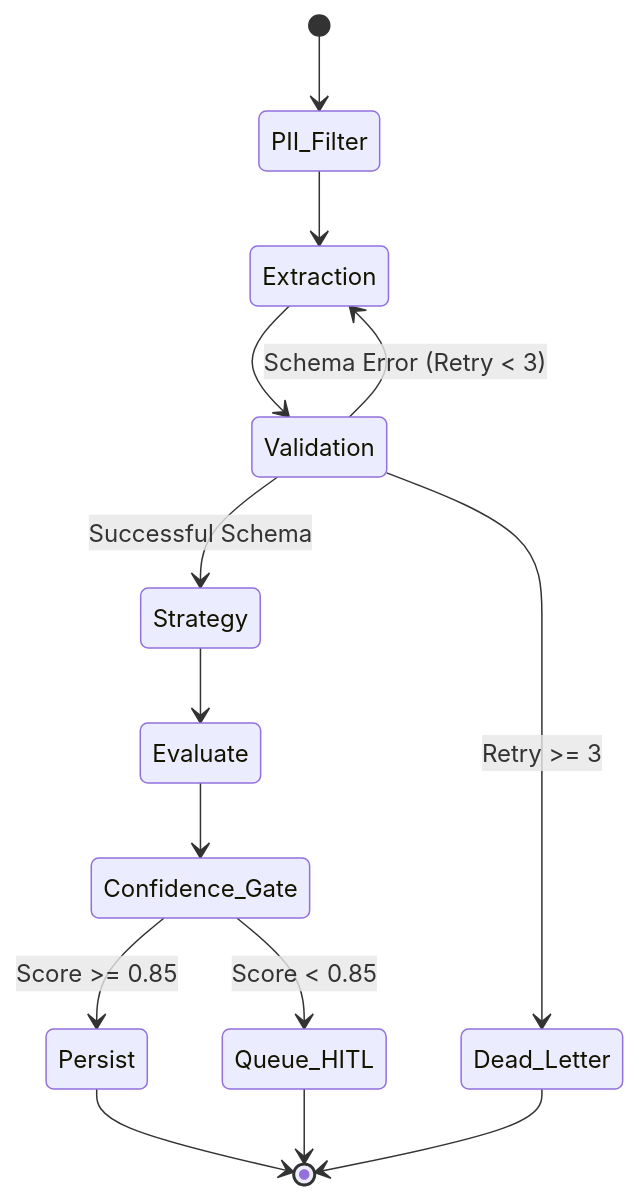
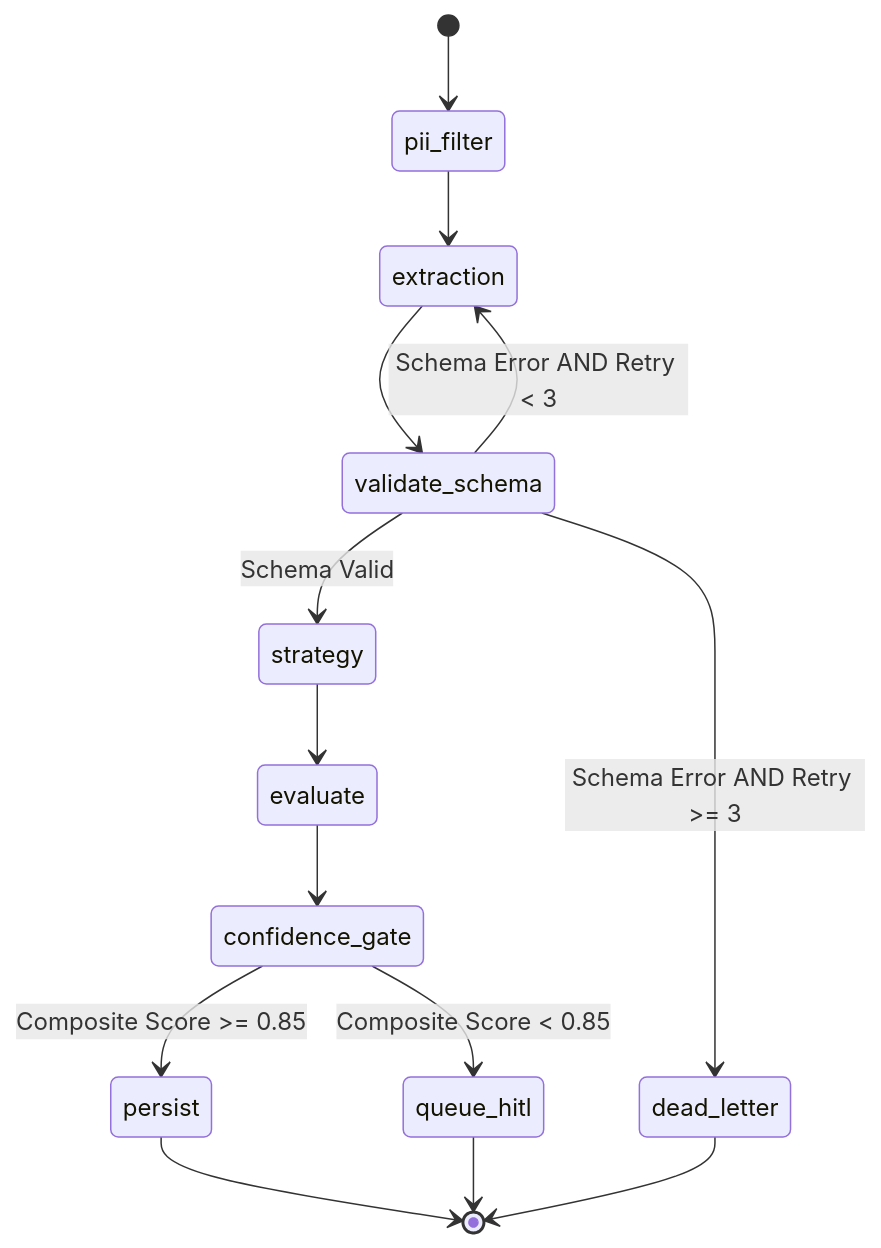
Before and after one commit to ruthvikgoud16/Nimblize-demo: the sixth of 8 diagrams in docs/Nimblize_Future_Implementation_Roadmap.md, drawn with Mermaid. The commit also changed other lines of this file and 1 other file, not shown here.

Commit message:
Regenerate deep 29-page future implementation roadmap report

````diff
--- a/docs/Nimblize_Future_Implementation_Roadmap.md
+++ b/docs/Nimblize_Future_Implementation_Roadmap.md
@@ -212,20 +561,21 @@
 ```mermaid
 stateDiagram-v2
-    [*] --> PII_Filter
-    PII_Filter --> Extraction
-    Extraction --> Validation
-    state Validation <<choice>>
-    Validation --> Strategy : Successful Schema
-    Validation --> Extraction : Schema Error (Retry < 3)
-    Validation --> Dead_Letter : Retry >= 3
-    
-    Strategy --> Evaluate
-    Evaluate --> Confidence_Gate
-    state Confidence_Gate <<choice>>
-    Confidence_Gate --> Persist : Score >= 0.85
-    Confidence_Gate --> Queue_HITL : Score < 0.85
+    [*] --> pii_filter
+    pii_filter --> extraction
 
-    Persist --> [*]
-    Queue_HITL --> [*]
-    Dead_Letter --> [*]
+    extraction --> validate_schema
+    state validate_schema <<choice>>
+    validate_schema --> extraction : Schema Error AND Retry < 3
+    validate_schema --> dead_letter : Schema Error AND Retry >= 3
+    validate_schema --> strategy : Schema Valid
+
+    strategy --> evaluate
+    evaluate --> confidence_gate
+    state confidence_gate <<choice>>
+    confidence_gate --> persist : Composite Score >= 0.85
+    confidence_gate --> queue_hitl : Composite Score < 0.85
+
+    persist --> [*]
+    queue_hitl --> [*]
+    dead_letter --> [*]
 ```
````
